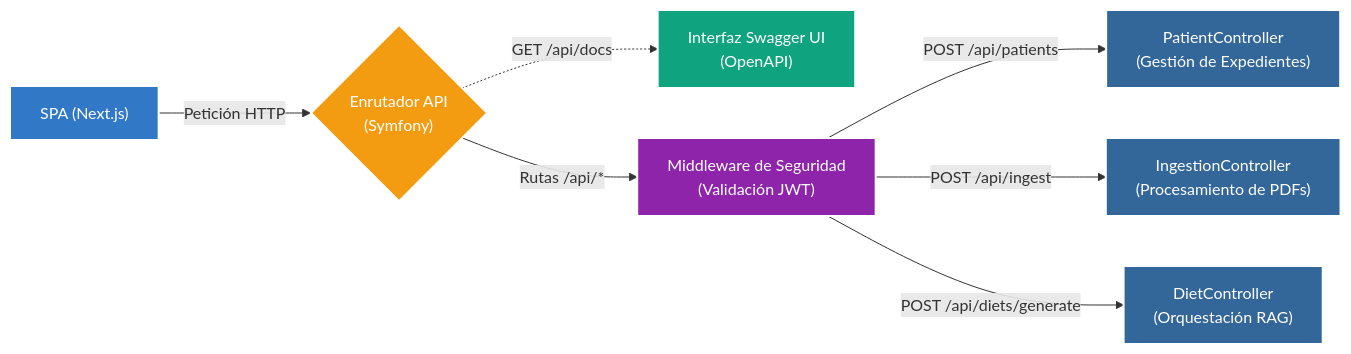
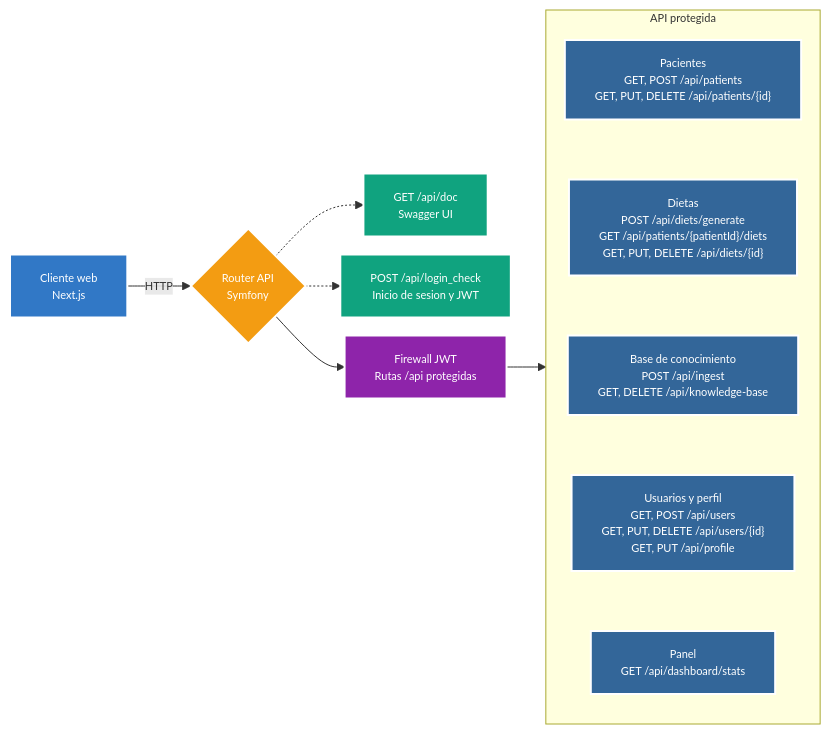
Before and after one commit to unaip1996/b2b_nutricion: the diagram in diagrams/diagrama_api.mmd, drawn with Mermaid. The commit also changed 4 other files, not shown here.

Commit message:
Updated diagrams

```diff
--- a/diagrams/diagrama_api.mmd
+++ b/diagrams/diagrama_api.mmd
@@ -1,20 +1,36 @@
-graph LR
-    %% Estilos
-    classDef client fill:#3178c6,stroke:#fff,stroke-width:2px,color:#fff;
-    classDef router fill:#f39c12,stroke:#fff,stroke-width:2px,color:#fff;
-    classDef middleware fill:#8e24aa,stroke:#fff,stroke-width:2px,color:#fff;
-    classDef endpoint fill:#336699,stroke:#fff,stroke-width:2px,color:#fff;
-    classDef swagger fill:#10a37f,stroke:#fff,stroke-width:2px,color:#fff;
+%%{init: {"themeVariables": {"fontSize": "11px"}, "flowchart": {"nodeSpacing": 18, "rankSpacing": 35, "useMaxWidth": false}}}%%
+flowchart LR
+    %% Disenado para impresion A4 apaisada.
+    classDef client fill:#3178c6,stroke:#fff,stroke-width:2px,color:#fff
+    classDef router fill:#f39c12,stroke:#fff,stroke-width:2px,color:#fff
+    classDef security fill:#8e24aa,stroke:#fff,stroke-width:2px,color:#fff
+    classDef endpoint fill:#336699,stroke:#fff,stroke-width:2px,color:#fff
+    classDef public fill:#10a37f,stroke:#fff,stroke-width:2px,color:#fff
 
-    Cliente["SPA (Next.js)"]:::client -->|Petición HTTP| Router{"Enrutador API<br/>(Symfony)"}:::router
-    
-    %% Ruta pública/documentación
-    Router -.->|GET /api/docs| Swagger["Interfaz Swagger UI<br/>(OpenAPI)"]:::swagger
-    
-    %% Flujo seguro
-    Router -->|Rutas /api/*| Auth["Middleware de Seguridad<br/>(Validación JWT)"]:::middleware
-    
-    %% Controladores
-    Auth -->|POST /api/patients| C1["PatientController<br/>(Gestión de Expedientes)"]:::endpoint
-    Auth -->|POST /api/ingest| C2["IngestionController<br/>(Procesamiento de PDFs)"]:::endpoint
-    Auth -->|POST /api/diets/generate| C3["DietController<br/>(Orquestación RAG)"]:::endpoint
+    Cliente["Cliente web<br/>Next.js"]:::client
+    Router{"Router API<br/>Symfony"}:::router
+    Cliente -->|HTTP| Router
+
+    Swagger["GET /api/doc<br/>Swagger UI"]:::public
+    Login["POST /api/login_check<br/>Inicio de sesion y JWT"]:::public
+    Router -.-> Swagger
+    Router -.-> Login
+
+    Auth["Firewall JWT<br/>Rutas /api protegidas"]:::security
+    Router --> Auth
+
+    subgraph Protegida["API protegida"]
+        direction TB
+        Pacientes["Pacientes<br/>GET, POST /api/patients<br/>GET, PUT, DELETE /api/patients/{id}"]:::endpoint
+        Dietas["Dietas<br/>POST /api/diets/generate<br/>GET /api/patients/{patientId}/diets<br/>GET, PUT, DELETE /api/diets/{id}"]:::endpoint
+        Conocimiento["Base de conocimiento<br/>POST /api/ingest<br/>GET, DELETE /api/knowledge-base"]:::endpoint
+        Usuarios["Usuarios y perfil<br/>GET, POST /api/users<br/>GET, PUT, DELETE /api/users/{id}<br/>GET, PUT /api/profile"]:::endpoint
+        Dashboard["Panel<br/>GET /api/dashboard/stats"]:::endpoint
+
+        Pacientes ~~~ Dietas
+        Dietas ~~~ Conocimiento
+        Conocimiento ~~~ Usuarios
+        Usuarios ~~~ Dashboard
+    end
+
+    Auth --> Pacientes
```
